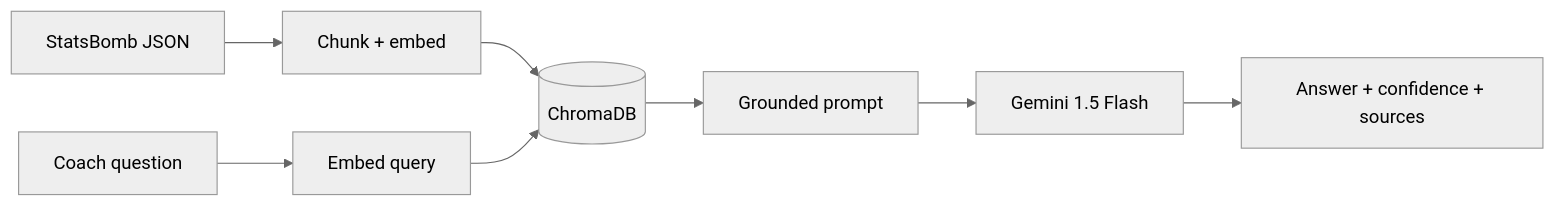
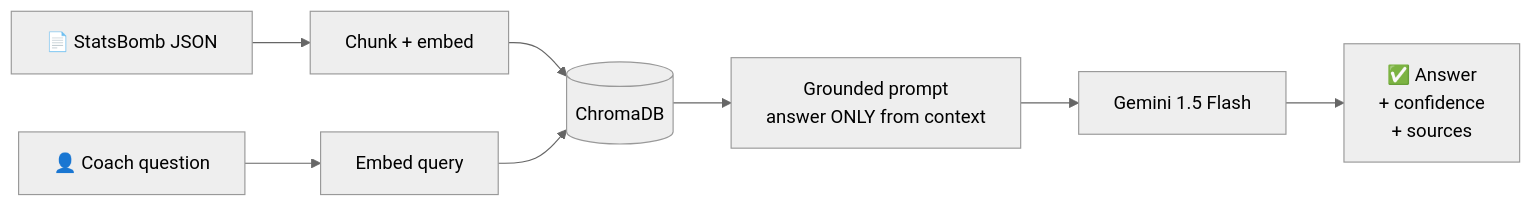
The second of 2 diagrams in README.md (MayankSinghRaghav/MayankSinghRaghav), drawn with Mermaid (neutral theme) before and after one commit. The commit also changed other lines of this file, not shown here.

````diff
--- a/README.md
+++ b/README.md
@@ -64,10 +119,10 @@
 ```mermaid
 flowchart LR
-    A[StatsBomb JSON] --> B[Chunk + embed]
-    B --> C[(ChromaDB)]
-    D[Coach question] --> E[Embed query]
+    A["📄 StatsBomb JSON"] --> B["Chunk + embed"]
+    B --> C[("ChromaDB")]
+    D["👤 Coach question"] --> E["Embed query"]
     E --> C
-    C --> F[Grounded prompt]
-    F --> G[Gemini 1.5 Flash]
-    G --> H[Answer + confidence + sources]
+    C --> F["Grounded prompt<br/>answer ONLY from context"]
+    F --> G["Gemini 1.5 Flash"]
+    G --> H["✅ Answer<br/>+ confidence<br/>+ sources"]
 ```
````
